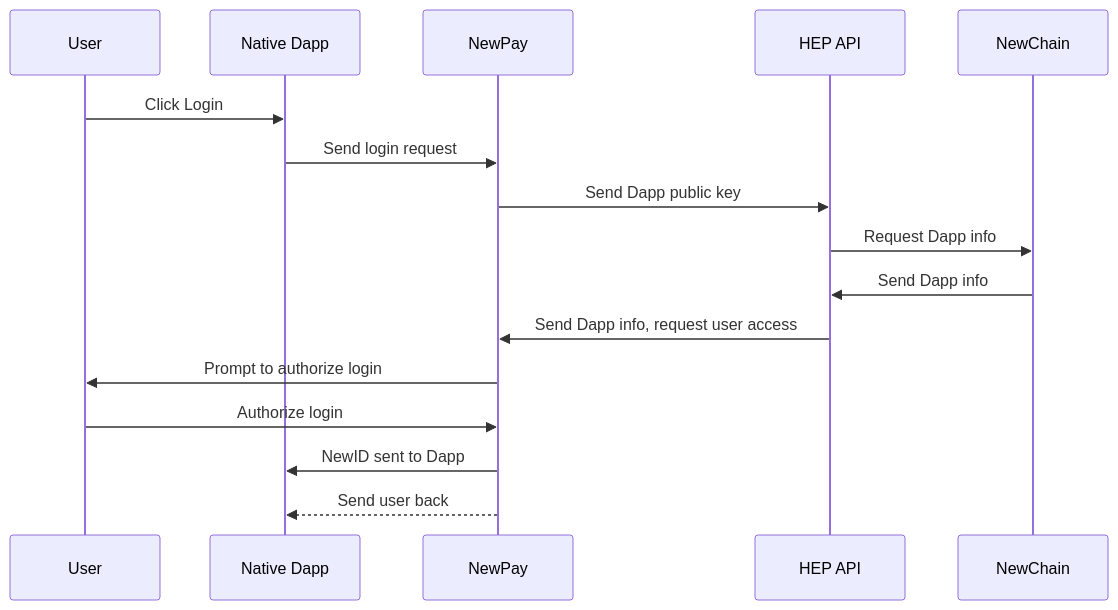
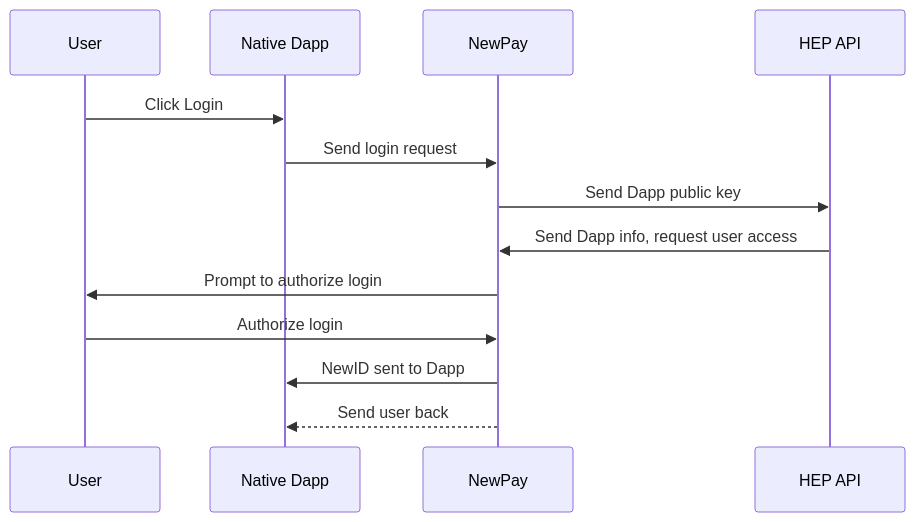
The first of 3 diagrams in login_process.md (newtonproject/HEP-specification), drawn with Mermaid before and after one commit. The commit also changed other lines of this file, not shown here.

Commit message:
Removed NewChain

````diff
--- a/login_process.md
+++ b/login_process.md
@@ -12,18 +12,15 @@
 ```mermaid
 sequenceDiagram;
     participant User;
     participant Native Dapp;
 	participant NewPay;
 	participant HEP API;
-	participant NewChain;
     User->>Native Dapp: Click Login;
 	Native Dapp->>NewPay: Send login request;
 	NewPay->>HEP API: Send Dapp public key;
-	HEP API->>NewChain: Request Dapp info;
-	NewChain->>HEP API: Send Dapp info;
 	HEP API->>NewPay: Send Dapp info, request user access;
 	NewPay->> User: Prompt to authorize login;
 	User->>NewPay: Authorize login;
 	NewPay->>Native Dapp: NewID sent to Dapp;
 	NewPay-->>Native Dapp: Send user back;
 ```
````
